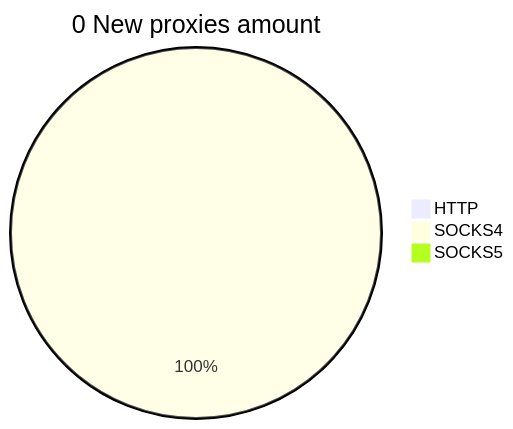
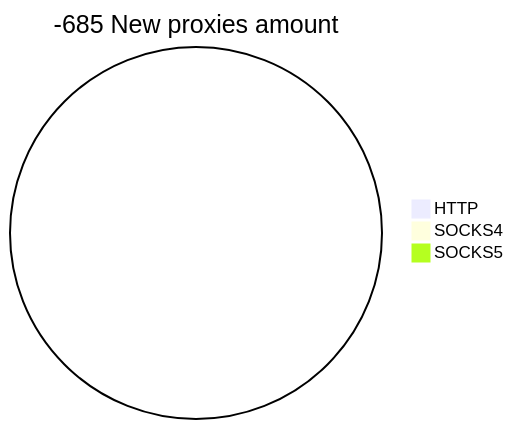
The second of 2 diagrams in README.md (cutipu/proxylist), drawn with Mermaid before and after one commit. The commit also changed other lines of this file, not shown here.

````diff
--- a/README.md
+++ b/README.md
@@ -10,6 +10,6 @@
 ```mermaid
-pie title 0 New proxies amount
+pie title -685 New proxies amount
     "HTTP" : 0
-    "SOCKS4" : 3
+    "SOCKS4" : 0
     "SOCKS5" : 0
 ```
````
